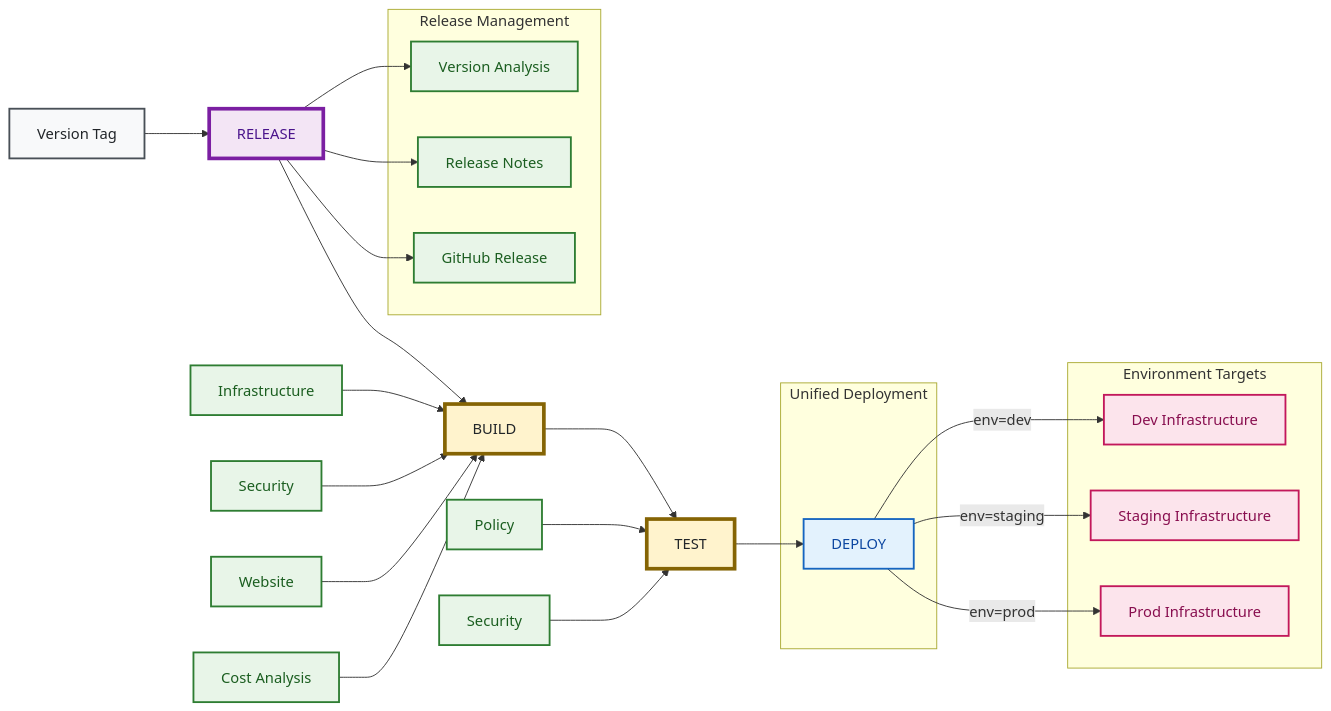
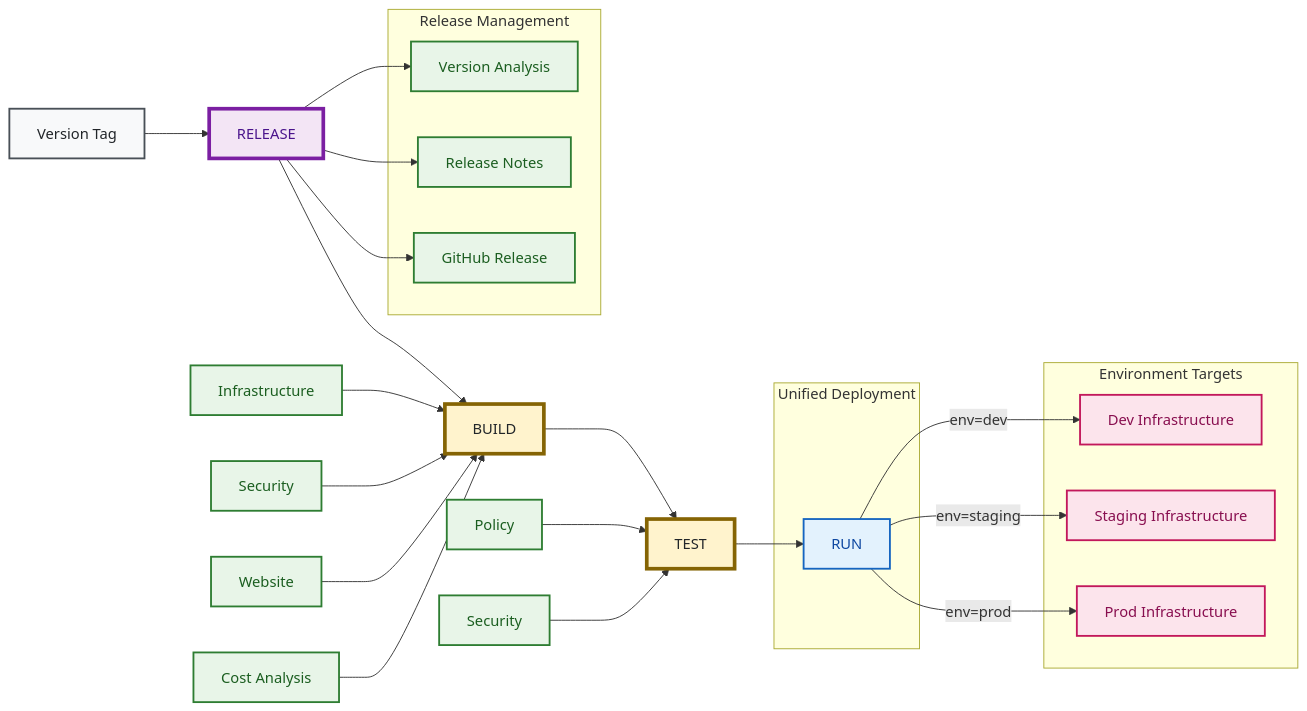
Before and after one commit to Celtikill/static-site: the second of 2 diagrams in docs/guides/deployment-guide.md, drawn with Mermaid. The commit also changed other lines of this file and 43 other files, not shown here.

````diff
--- a/docs/guides/deployment-guide.md
+++ b/docs/guides/deployment-guide.md
@@ -226,55 +221,55 @@
 ```mermaid
 graph LR
     %% Accessibility
     accTitle: Complete Deployment Workflow Architecture
-    accDescr: Shows complete workflow architecture including RELEASE workflow orchestration. RELEASE workflow coordinates BUILD, TEST, and environment-specific DEPLOY workflows based on version tags and semantic versioning strategy.
+    accDescr: Shows complete workflow architecture including RELEASE workflow orchestration. RELEASE workflow coordinates BUILD, TEST, and environment-specific RUN workflows based on version tags and semantic versioning strategy.
     
     A[Version Tag] --> R[RELEASE]
     R --> B[BUILD]
     B --> C[TEST]
     
     R --> R1[Version Analysis]
     R --> R2[Release Notes]
     R --> R3[GitHub Release]
     
-    C --> D[DEPLOY]
+    C --> D[RUN]
     
     D -->|env=dev| E1[Dev Infrastructure]
     D -->|env=staging| E2[Staging Infrastructure]
     D -->|env=prod| E3[Prod Infrastructure]
     
     B1[Infrastructure] --> B
     B2[Security] --> B
     B3[Website] --> B
     B4[Cost Analysis] --> B
     
     C1[Policy] --> C
     C2[Security] --> C
     
     subgraph "Release Management"
     R1 & R2 & R3
     end
     
     subgraph "Unified Deployment"
     D
     end
     
     subgraph "Environment Targets"
     E1 & E2 & E3
     end
     
     %% High-Contrast Styling for Accessibility
     classDef releaseBox fill:#f3e5f5,stroke:#7b1fa2,stroke-width:4px,color:#4a148c
     classDef phaseBox fill:#fff3cd,stroke:#856404,stroke-width:4px,color:#212529
     classDef triggerBox fill:#f8f9fa,stroke:#495057,stroke-width:2px,color:#212529
     classDef stepBox fill:#e8f5e8,stroke:#2e7d32,stroke-width:2px,color:#1b5e20
     classDef deployBox fill:#e3f2fd,stroke:#1565c0,stroke-width:2px,color:#0d47a1
     classDef envBox fill:#fce4ec,stroke:#c2185b,stroke-width:2px,color:#880e4f
     
     class R releaseBox
     class B,C phaseBox
     class A triggerBox
     class B1,B2,B3,B4,C1,C2,R1,R2,R3 stepBox
     class D deployBox
     class E1,E2,E3 envBox
 ```
````
